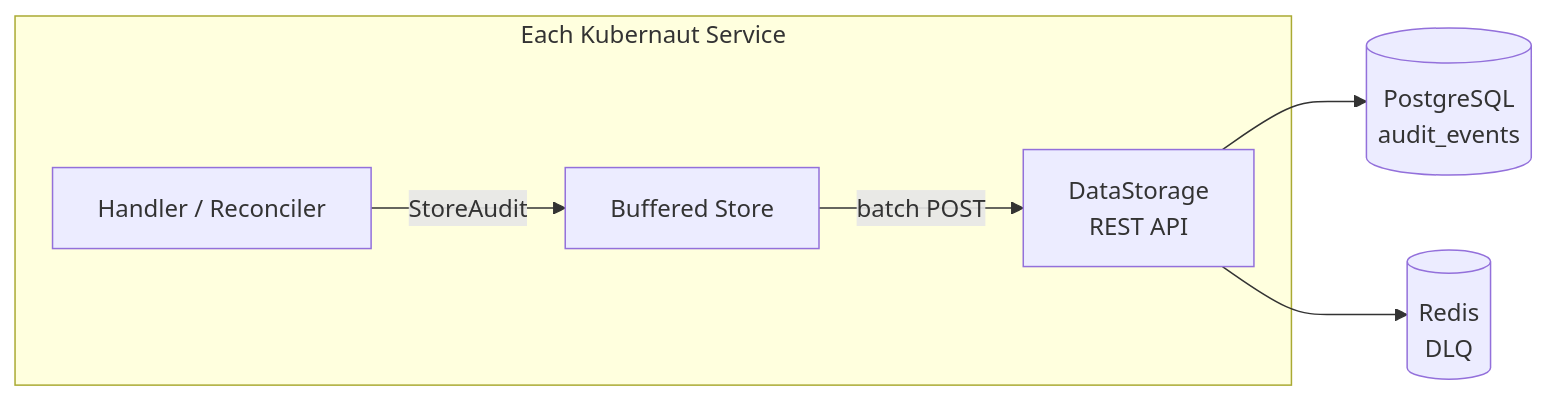
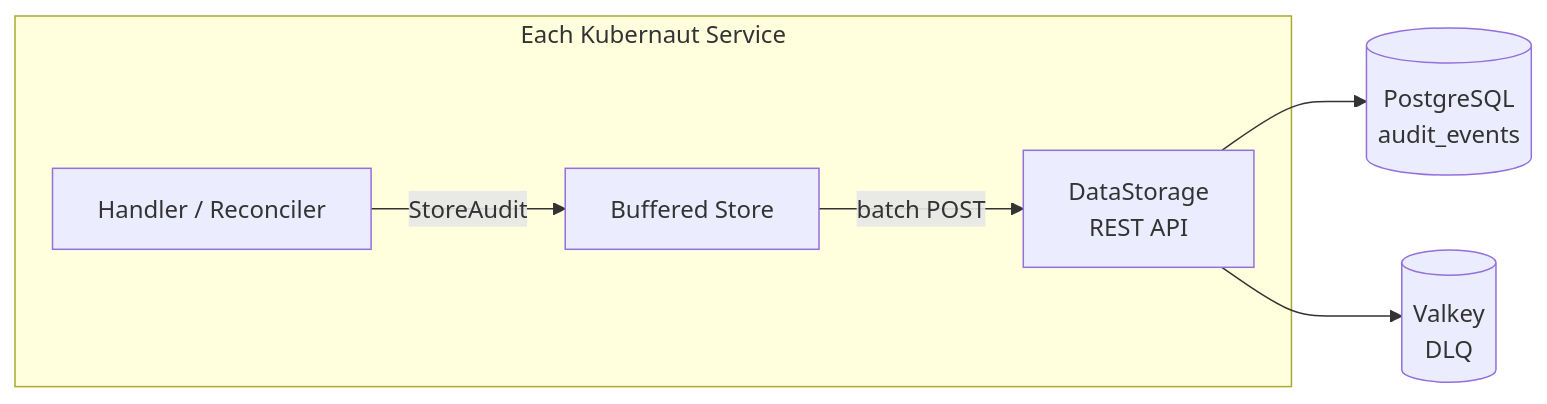
One commit to jordigilh/kubernaut-docs changed the diagram in docs/architecture/audit-pipeline.md. Above: the diagram before and after it, drawn with Mermaid. The commit also changed other lines of this file and 10 other files, not shown here.

First line of the commit message:
docs: update Redis to Valkey, event exporter optional, OCP references

````diff
--- a/docs/architecture/audit-pipeline.md
+++ b/docs/architecture/audit-pipeline.md
@@ -10,10 +10,10 @@
 ```mermaid
 graph LR
     subgraph Service["Each Kubernaut Service"]
         H[Handler / Reconciler] -->|StoreAudit| B[Buffered Store]
         B -->|batch POST| DS
     end
 
     DS[DataStorage<br/>REST API] --> PG[(PostgreSQL<br/>audit_events)]
-    DS --> RD[(Redis<br/>DLQ)]
+    DS --> RD[(Valkey<br/>DLQ)]
 ```
````
